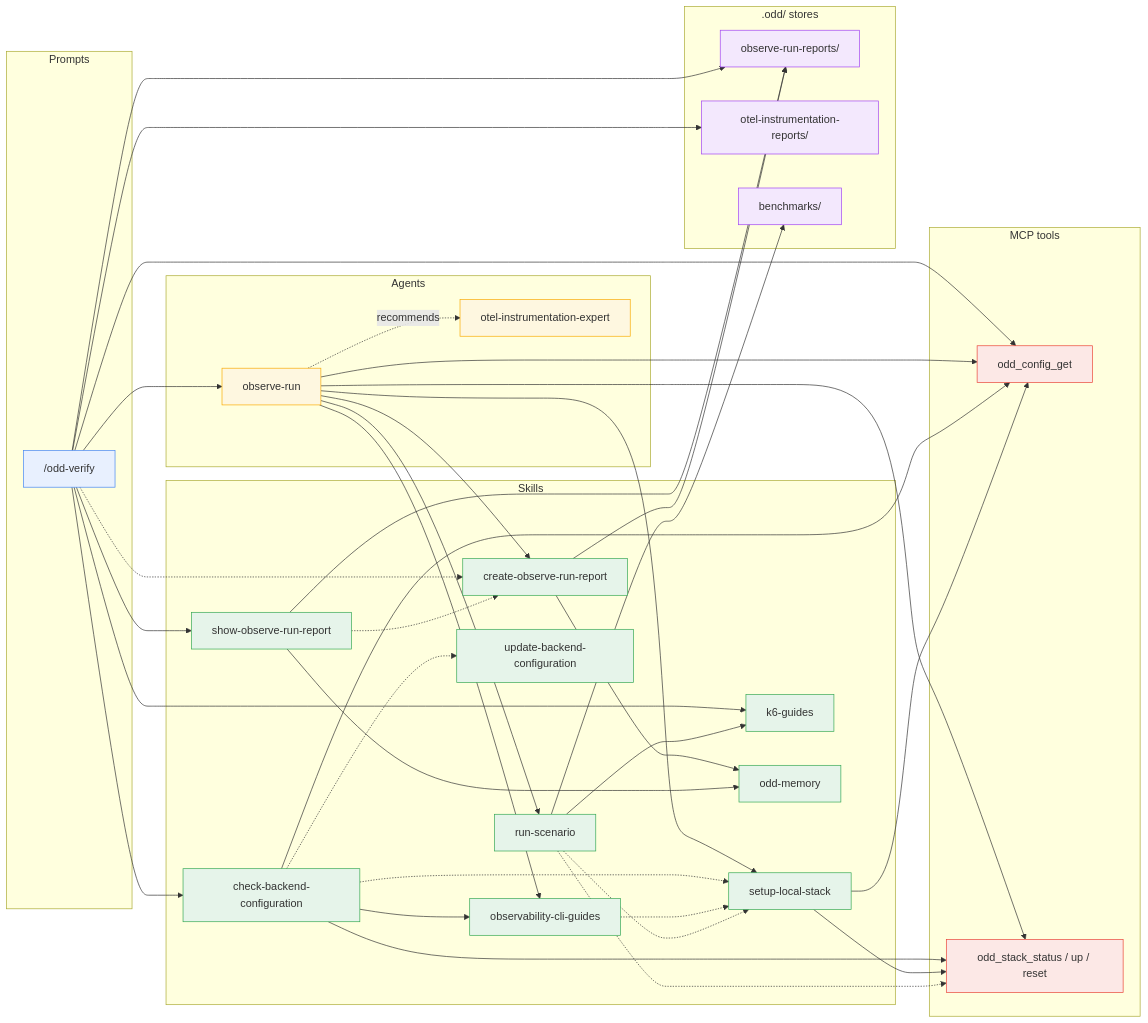
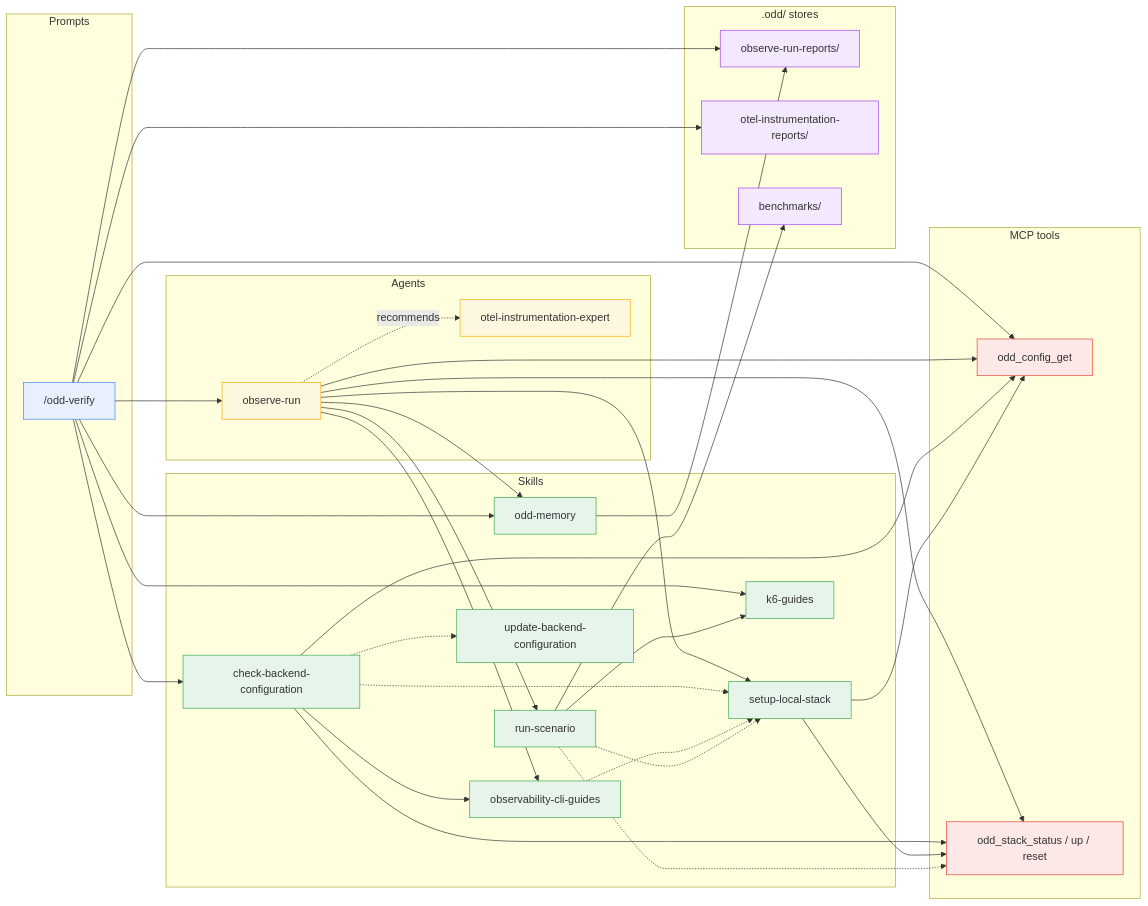
Before and after one commit to using-system/oddyssey: the fourth of 7 diagrams in docs/guide/dependencies.md, drawn with Mermaid. The commit also changed other lines of this file and 24 other files, not shown here.

Commit message:
feat(skill): fold the create and show skills into odd-memory references - one memory skill, one reference per kind (#316)

````diff
--- a/docs/guide/dependencies.md
+++ b/docs/guide/dependencies.md
@@ -246,82 +232,75 @@
 ```mermaid
 flowchart LR
   subgraph Prompts
     verify["/odd-verify"]
   end
 
   subgraph Agents
     runner[observe-run]
     expert[otel-instrumentation-expert]
   end
 
   subgraph Skills
     cbc[check-backend-configuration]
     ocg[observability-cli-guides]
     sls[setup-local-stack]
     rs[run-scenario]
     kg[k6-guides]
-    corr[create-observe-run-report]
-    sorr[show-observe-run-report]
     mem[odd-memory]
     ubc[update-backend-configuration]
   end
 
   subgraph MCP["MCP tools"]
     cfgget[odd_config_get]
     stack[odd_stack_status / up / reset]
   end
 
   subgraph Stores[".odd/ stores"]
     obsdir[observe-run-reports/]
     insdir[otel-instrumentation-reports/]
     benchdir[benchmarks/]
   end
 
   verify --> runner
   verify --> cbc
-  verify --> sorr
+  verify --> mem
   verify --> cfgget
   verify --> kg
-  verify -.-> corr
   verify --> obsdir
   verify --> insdir
-  sorr -.-> corr
-  sorr --> obsdir
+  mem --> obsdir
 
   runner --> ocg
   runner --> sls
   runner --> rs
-  runner --> corr
+  runner --> mem
   runner --> cfgget
   runner --> stack
   runner -. recommends .-> expert
 
   cbc -.-> sls
   cbc -.-> ubc
   cbc --> ocg
   cbc --> cfgget
   cbc --> stack
   ocg -.-> sls
   sls --> cfgget
   sls --> stack
   rs -.-> stack
   rs -.-> sls
   rs --> kg
   rs --> benchdir
 
-  corr --> obsdir
 
-  corr --> mem
-  sorr --> mem
 
   classDef prompt fill:#e8f0fe,stroke:#4285f4
   classDef agent fill:#fef7e0,stroke:#f9ab00
   classDef skill fill:#e6f4ea,stroke:#34a853
   classDef mcp fill:#fce8e6,stroke:#ea4335
   classDef store fill:#f3e8fd,stroke:#a142f4
   class verify prompt
   class runner,expert agent
-  class cbc,ocg,sls,rs,kg,corr,sorr,ubc,mem skill
+  class cbc,ocg,sls,rs,kg,mem,ubc skill
   class cfgget,stack mcp
   class obsdir,insdir,benchdir store
 ```
````
